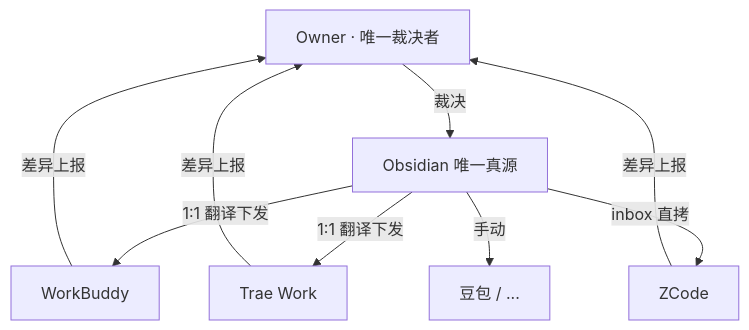
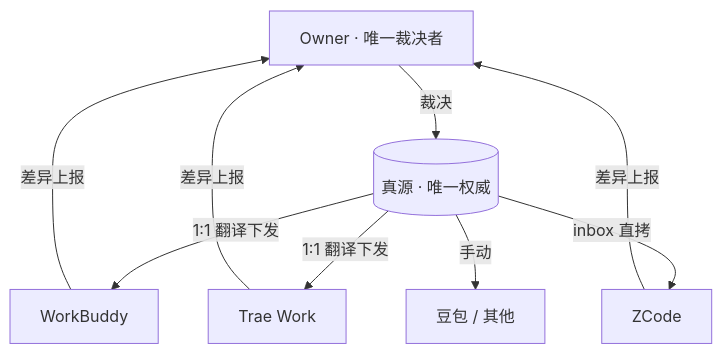
Before and after one commit to wolfjkd/AgentUnify: the diagram in README.md, drawn with Mermaid. The commit also changed other lines of this file and 1 other file, not shown here.

````diff
--- a/README.md
+++ b/README.md
@@ -19,17 +46,19 @@
 ```mermaid
 flowchart TD
     Owner[Owner · 唯一裁决者]
-    OB[Obsidian 唯一真源]
+    OB[(真源 · 唯一权威)]
     WB[WorkBuddy]
     Trae[Trae Work]
     ZC[ZCode]
-    DB[豆包 / ...]
+    DB[豆包 / 其他]
+
     WB -->|差异上报| Owner
     Trae -->|差异上报| Owner
     ZC -->|差异上报| Owner
     Owner -->|裁决| OB
+
     OB -->|1:1 翻译下发| WB
     OB -->|1:1 翻译下发| Trae
     OB -->|inbox 直拷| ZC
     OB -->|手动| DB
 ```
````
